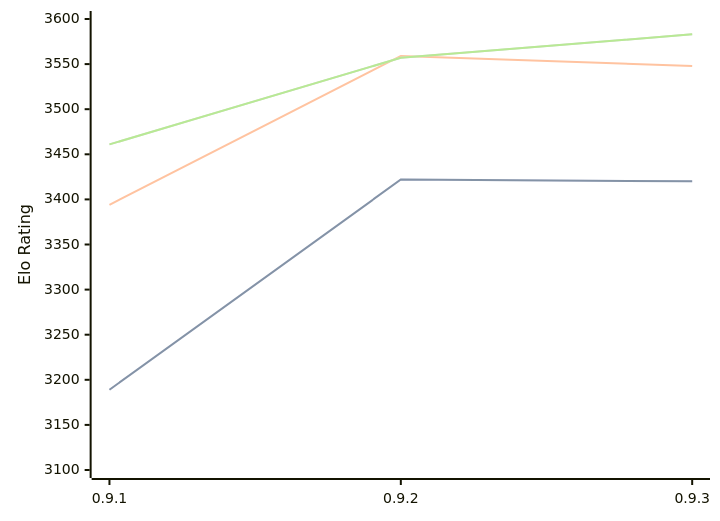
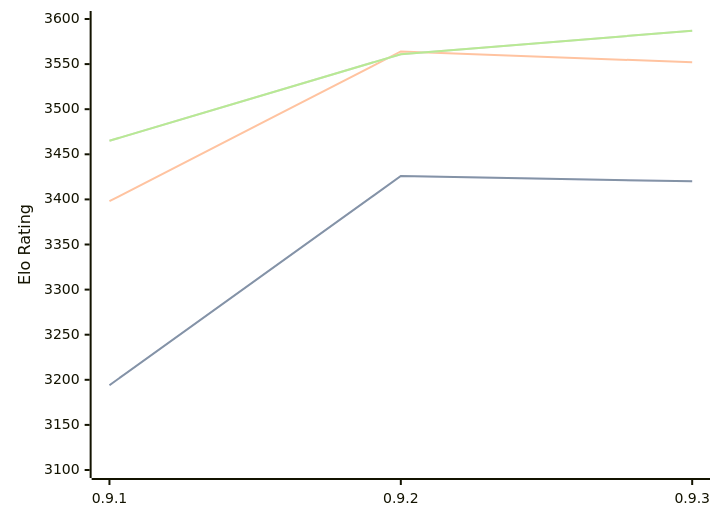
Before and after one commit to computer-chess-index/cci: the diagram in engines/Coda.md, drawn with Mermaid. The commit also changed other lines of this file, not shown here.

Commit message:
Update CCI Ratings (ELO VLTC) - 2026-08-18

````diff
--- a/engines/Coda.md
+++ b/engines/Coda.md
@@ -33,11 +33,11 @@
 ```mermaid
 %%{init: {"theme":"base","themeVariables":{"seriesColors:['#a3a3a3','#222221','#faa371']}}}%%
 xychart-beta
   x-axis ["0.9.1", "0.9.2", "0.9.3"]
   y-axis "Elo Rating" 3100 --> 3600
-  line "STC (8.0+0.08s)" [3189, 3422, 3420]
-  line "STC (8.0+0.08s)" [3189, 3422, 3420]
-  line "LTC (60.0+0.60s)" [3394, 3559, 3548]
-  line "VLTC (2m24s+1.12s)" [3461, 3557, 3583]
-  line "VLTC (2m24s+1.12s)" [3461, 3557, 3583]
+  line "STC (8.0+0.08s)" [3194, 3426, 3420]
+  line "STC (8.0+0.08s)" [3194, 3426, 3420]
+  line "LTC (60.0+0.60s)" [3398, 3564, 3552]
+  line "VLTC (2m24s+1.12s)" [3465, 3561, 3587]
+  line "VLTC (2m24s+1.12s)" [3465, 3561, 3587]
 ```
````
